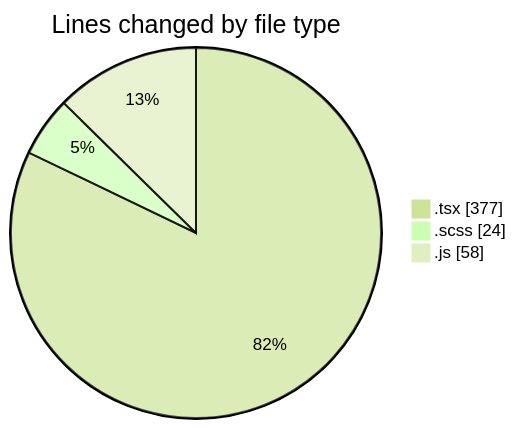
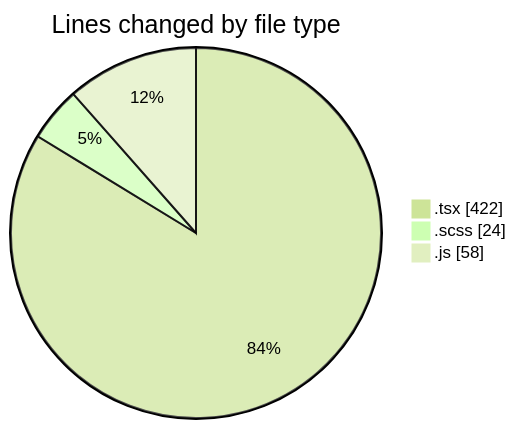
The first of 2 diagrams in 2025-05-02/cda/README.md (momahboobian/code-tracking), drawn with Mermaid (forest theme) before and after one commit. The commit also changed other lines of this file and 1 other file, not shown here.

````diff
--- a/2025-05-02/cda/README.md
+++ b/2025-05-02/cda/README.md
@@ -23,7 +23,7 @@
 ```mermaid
 pie showData
 title Lines changed by file type
-".tsx" : 377
+".tsx" : 422
 ".scss" : 24
 ".js" : 58
 ```
````
